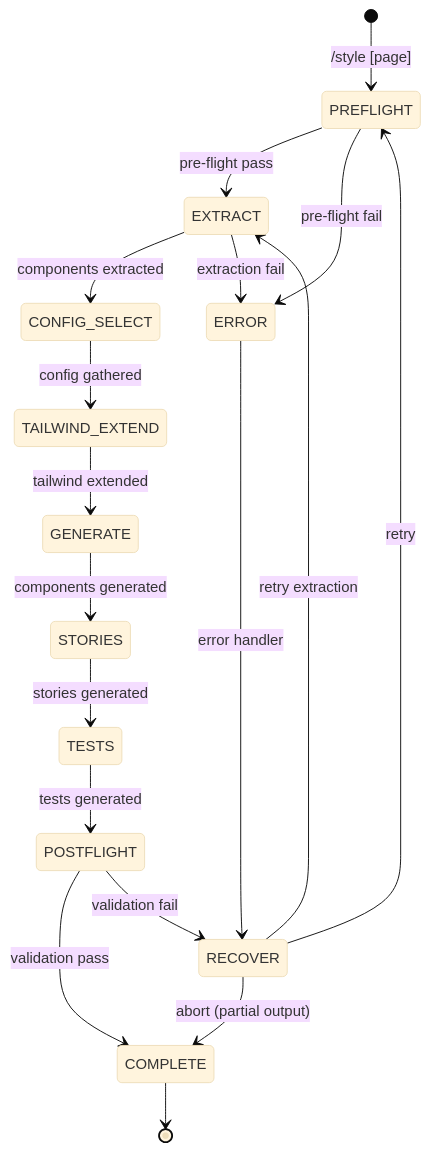
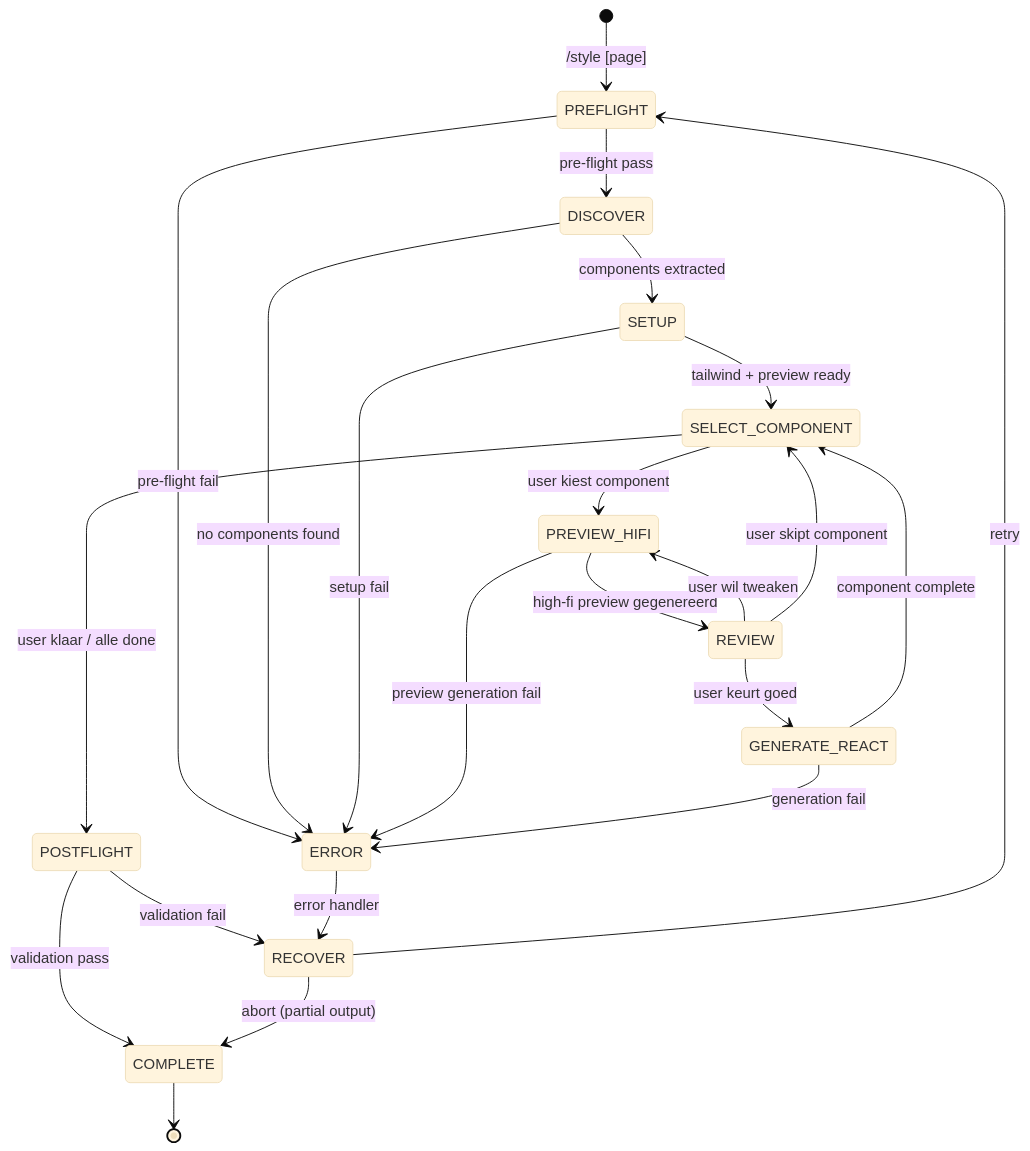
Before and after one commit to AirMile/claude-config: the diagram in skills/frontend-style/SKILL.md, drawn with Mermaid (base theme). The commit also changed other lines of this file and 2 other files, not shown here.

First line of the commit message:
Style: add high-fidelity preview workflow

````diff
--- a/skills/frontend-style/SKILL.md
+++ b/skills/frontend-style/SKILL.md
@@ -13,27 +21,35 @@
 ```mermaid
 stateDiagram-v2
     [*] --> PREFLIGHT: /style [page]
 
-    PREFLIGHT --> EXTRACT: pre-flight pass
+    PREFLIGHT --> DISCOVER: pre-flight pass
     PREFLIGHT --> ERROR: pre-flight fail
 
-    EXTRACT --> CONFIG_SELECT: components extracted
-    EXTRACT --> ERROR: extraction fail
+    DISCOVER --> SETUP: components extracted
+    DISCOVER --> ERROR: no components found
 
-    CONFIG_SELECT --> TAILWIND_EXTEND: config gathered
-    TAILWIND_EXTEND --> GENERATE: tailwind extended
+    SETUP --> SELECT_COMPONENT: tailwind + preview ready
+    SETUP --> ERROR: setup fail
 
-    GENERATE --> STORIES: components generated
-    STORIES --> TESTS: stories generated
-    TESTS --> POSTFLIGHT: tests generated
+    SELECT_COMPONENT --> PREVIEW_HIFI: user kiest component
+    SELECT_COMPONENT --> POSTFLIGHT: user klaar / alle done
+
+    PREVIEW_HIFI --> REVIEW: high-fi preview gegenereerd
+    PREVIEW_HIFI --> ERROR: preview generation fail
+
+    REVIEW --> PREVIEW_HIFI: user wil tweaken
+    REVIEW --> GENERATE_REACT: user keurt goed
+    REVIEW --> SELECT_COMPONENT: user skipt component
+
+    GENERATE_REACT --> SELECT_COMPONENT: component complete
+    GENERATE_REACT --> ERROR: generation fail
 
     POSTFLIGHT --> COMPLETE: validation pass
     POSTFLIGHT --> RECOVER: validation fail
 
     ERROR --> RECOVER: error handler
     RECOVER --> PREFLIGHT: retry
-    RECOVER --> EXTRACT: retry extraction
     RECOVER --> COMPLETE: abort (partial output)
 
     COMPLETE --> [*]
 ```
````
